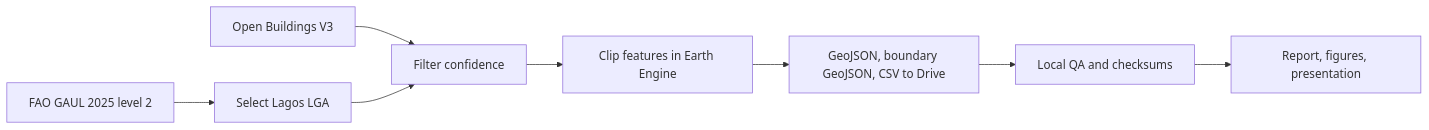
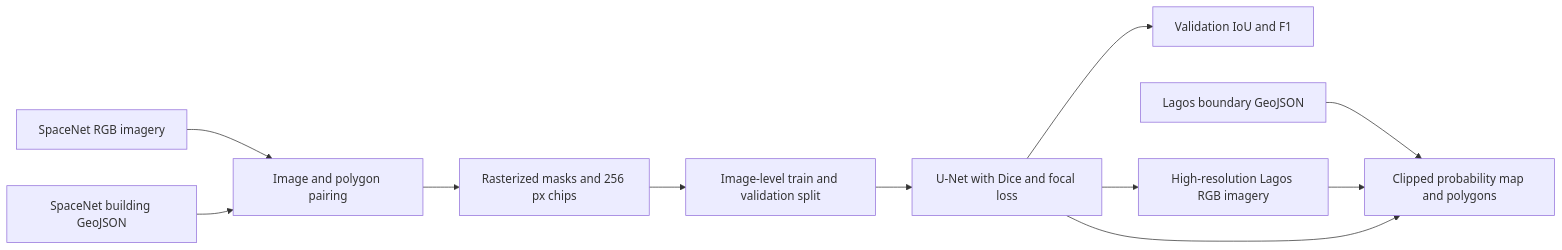
The diagram in docs/PROJECT_OVERVIEW.md (IyinoluwaDon/Lagos-building-footprint-mapping), drawn with Mermaid before and after one commit. The commit also changed other lines of this file and 12 other files, not shown here.

Commit message:
Add SpaceNet U-Net training and Lagos inference pipeline

````diff
--- a/docs/PROJECT_OVERVIEW.md
+++ b/docs/PROJECT_OVERVIEW.md
@@ -23,10 +24,13 @@
 ```mermaid
 flowchart LR
-    A[FAO GAUL 2025 level 2] --> C[Select Lagos LGA]
-    B[Open Buildings V3] --> D[Filter confidence]
-    C --> D
-    D --> E[Clip features in Earth Engine]
-    E --> F[GeoJSON, boundary GeoJSON, CSV to Drive]
-    F --> G[Local QA and checksums]
-    G --> H[Report, figures, presentation]
+    A[SpaceNet RGB imagery] --> C[Image and polygon pairing]
+    B[SpaceNet building GeoJSON] --> C
+    C --> D[Rasterized masks and 256 px chips]
+    D --> E[Image-level train and validation split]
+    E --> F[U-Net with Dice and focal loss]
+    F --> G[Validation IoU and F1]
+    F --> H[High-resolution Lagos RGB imagery]
+    I[Lagos boundary GeoJSON] --> J[Clipped probability map and polygons]
+    H --> J
+    F --> J
 ```
````
